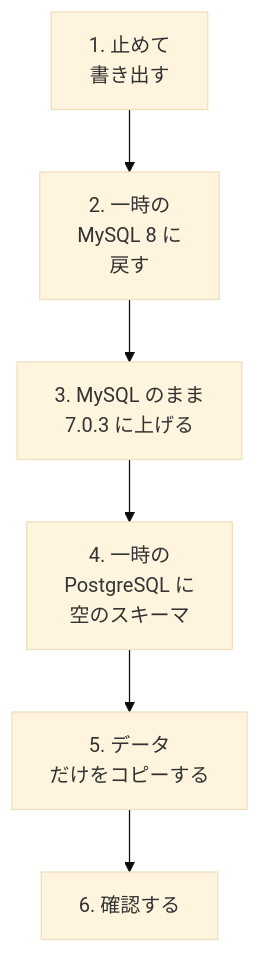
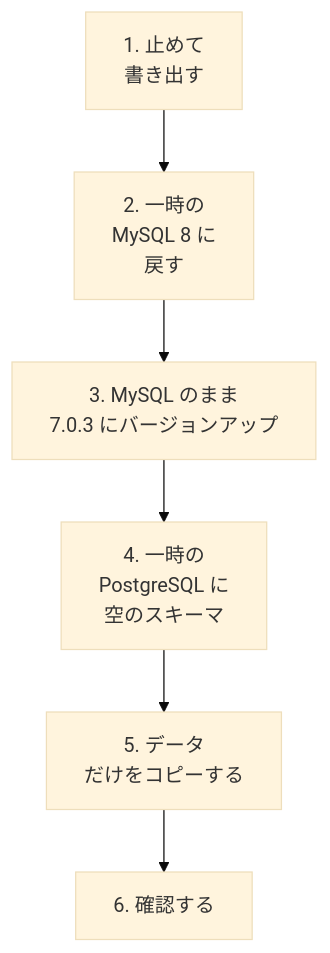
The second of 2 diagrams in docs/ja/migration.md (redmine-kit/serverless), drawn with Mermaid (base theme) before and after one commit. The commit also changed other lines of this file and 8 other files, not shown here.

````diff
--- a/docs/ja/migration.md
+++ b/docs/ja/migration.md
@@ -47,8 +47,8 @@
 ```mermaid
 flowchart TD
   a["1. 止めて<br>書き出す"] --> b["2. 一時の<br>MySQL 8 に<br>戻す"]
-  b --> c["3. MySQL のまま<br>7.0.3 に上げる"]
+  b --> c["3. MySQL のまま<br>7.0.3 にバージョンアップ"]
   c --> d["4. 一時の<br>PostgreSQL に<br>空のスキーマ"]
   d --> e["5. データ<br>だけをコピーする"]
   e --> f["6. 確認する"]
 ```
````
